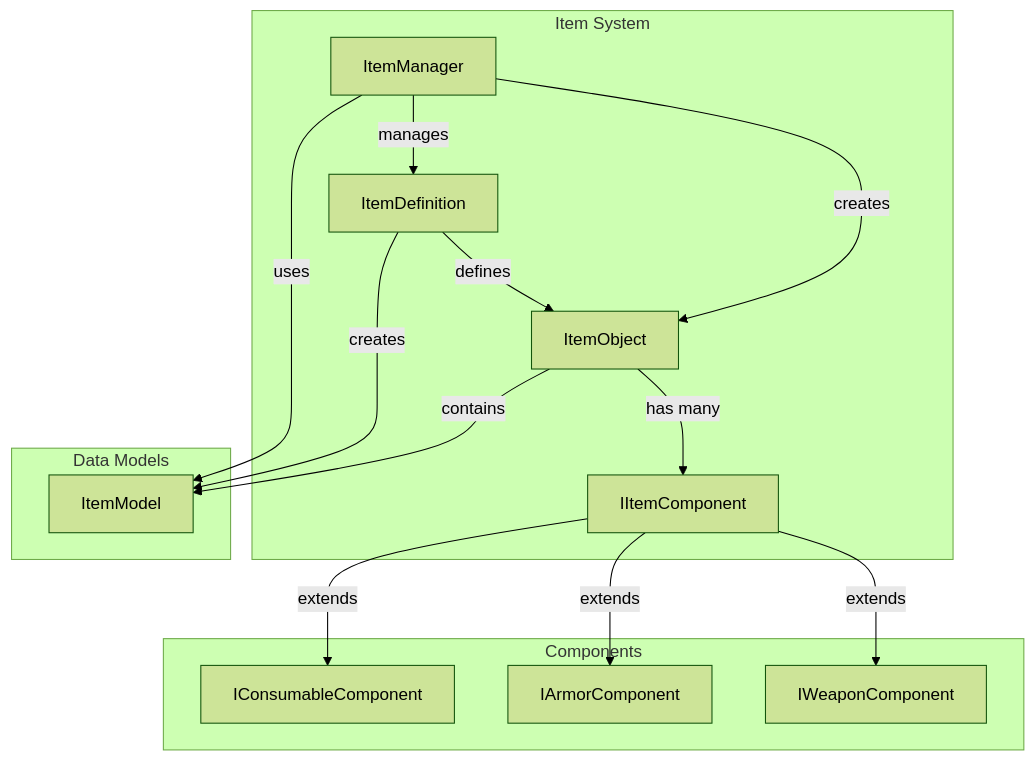
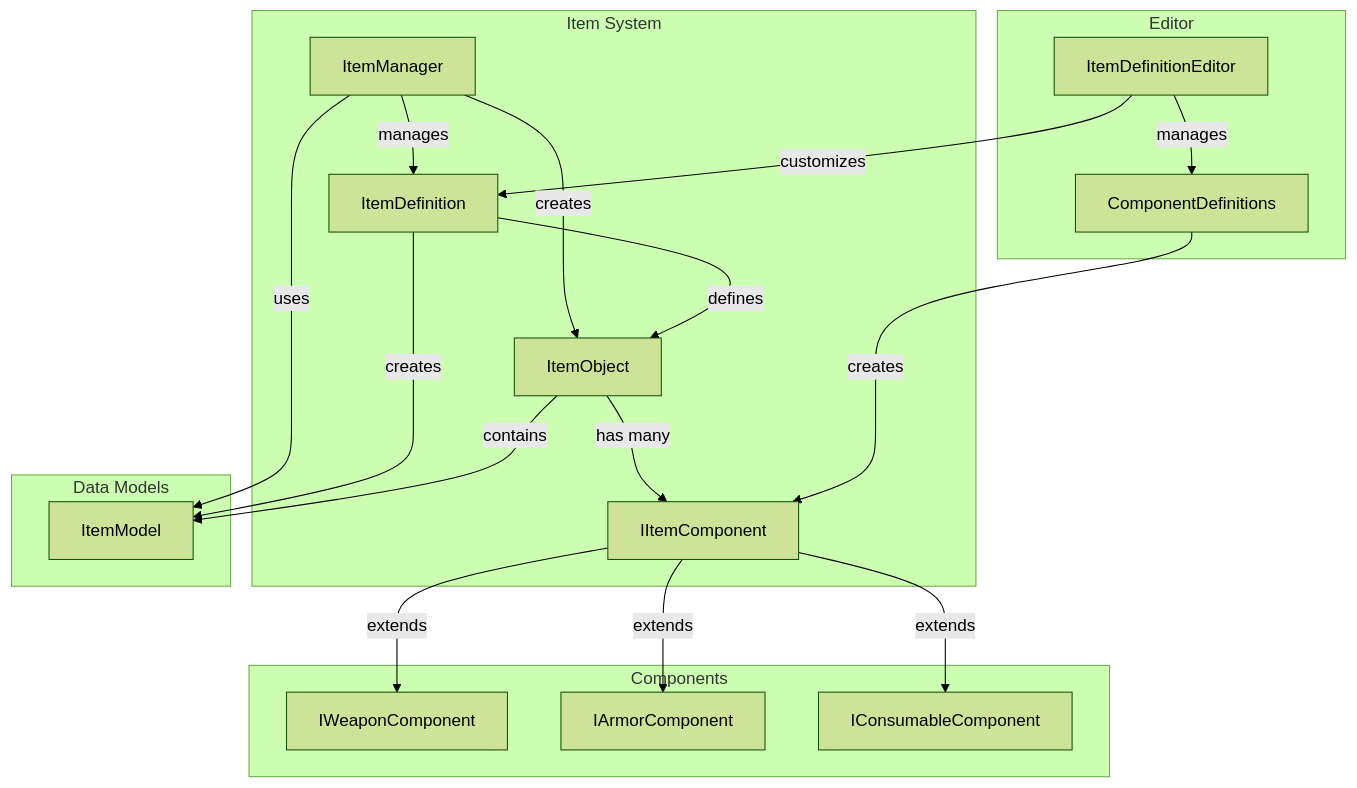
One commit to Coelancanth/matchRPG changed the first of 4 diagrams in Assets/Docs/Deisgn/Architecture.md. Above: the diagram before and after it, drawn with Mermaid (forest theme). The commit also changed other lines of this file and 19 other files, not shown here.

First line of the commit message:
refactor(item): improve component system with custom editors

````diff
--- a/Assets/Docs/Deisgn/Architecture.md
+++ b/Assets/Docs/Deisgn/Architecture.md
@@ -6,26 +6,33 @@
 ```mermaid
 graph TB
     subgraph Item System
         IM[ItemManager]
         ID[ItemDefinition]
         IO[ItemObject]
         IC[IItemComponent]
         
         IM -->|creates| IO
         IM -->|manages| ID
         ID -->|defines| IO
         IO -->|has many| IC
     end
 
     subgraph Components
         IC -->|extends| WC[IWeaponComponent]
         IC -->|extends| AC[IArmorComponent]
         IC -->|extends| CC[IConsumableComponent]
     end
 
     subgraph Data Models
         IM -->|uses| Model[ItemModel]
         ID -->|creates| Model
         IO -->|contains| Model
     end
+
+    subgraph Editor
+        IDE[ItemDefinitionEditor]
+        IDE -->|customizes| ID
+        IDE -->|manages| CD[ComponentDefinitions]
+        CD -->|creates| IC
+    end
 ```
````
